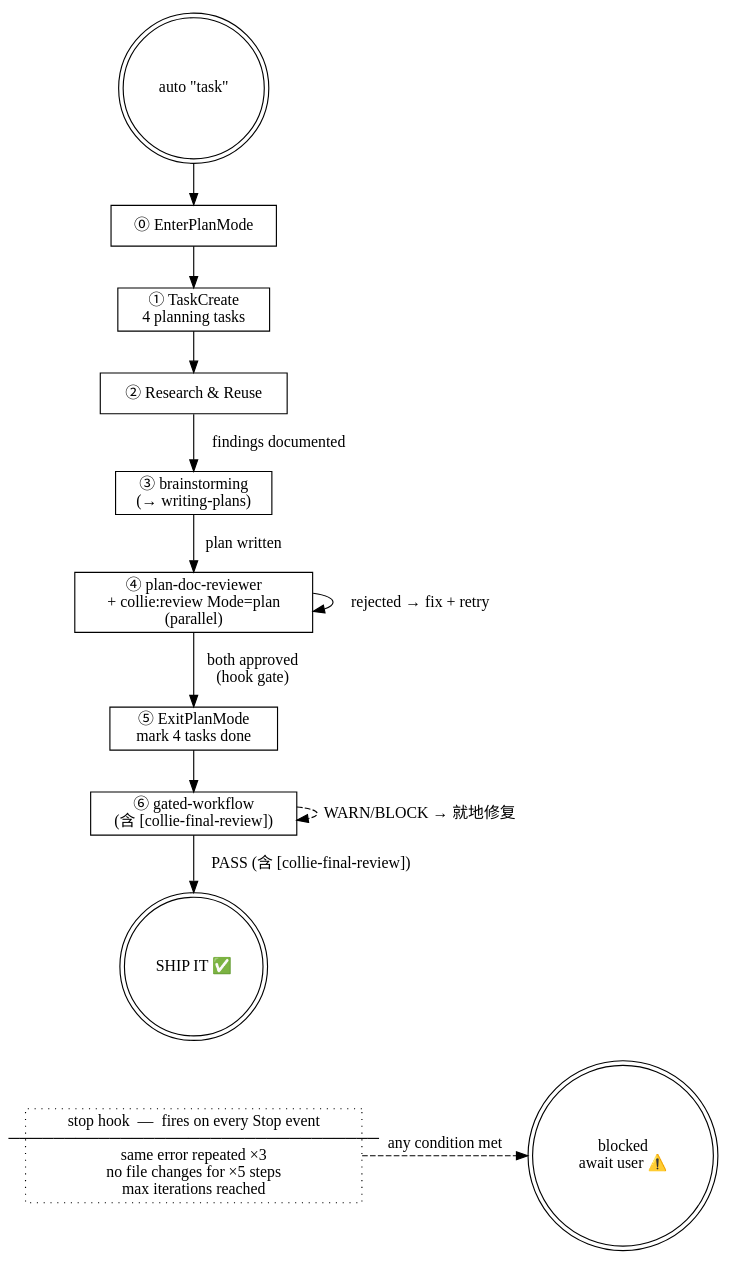
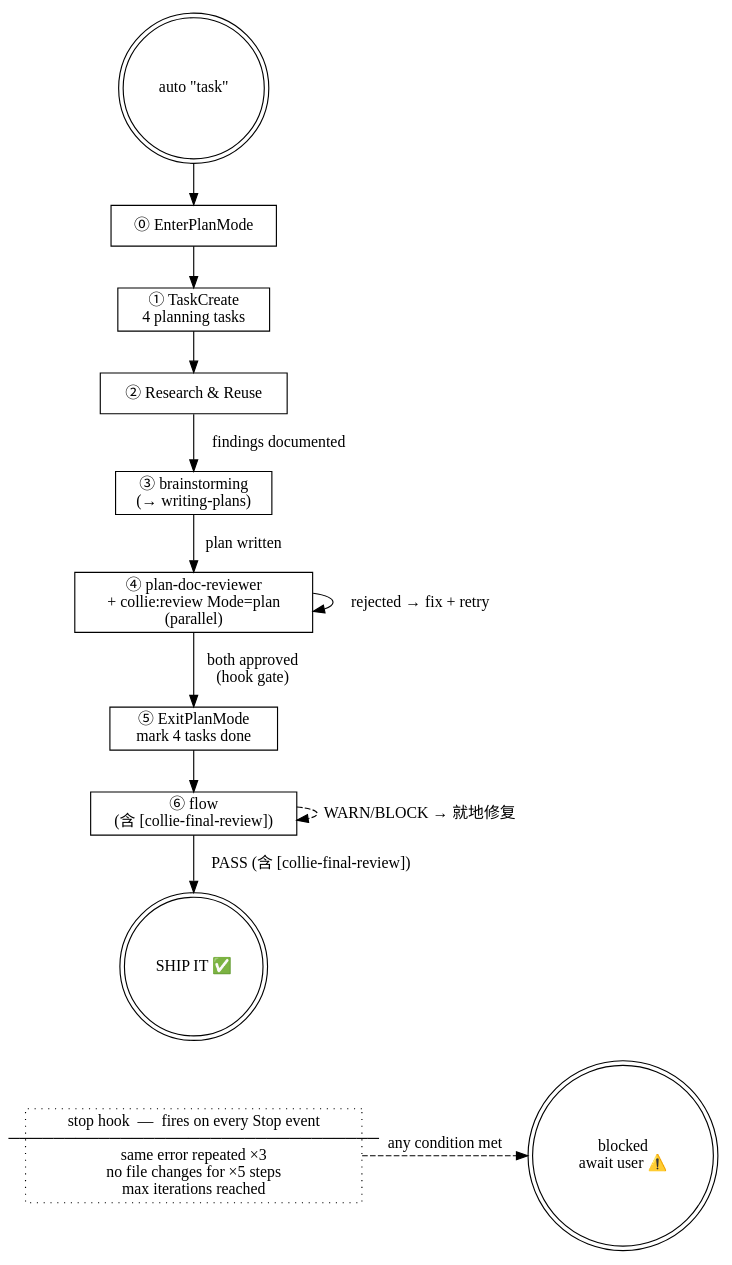
The diagram in commands/auto.md (lkv1988/collie-harness), drawn with Graphviz before and after one commit. The commit also changed other lines of this file and 29 other files, not shown here.

Commit message:
refactor: 品牌收尾 gated-workflow→flow / memory-palace→memory + README 重写

````diff
--- a/commands/auto.md
+++ b/commands/auto.md
@@ -53,33 +53,33 @@
 ```dot
 digraph collie_auto {
     START [shape=doublecircle, label="auto \"task\""];
     SHIP  [shape=doublecircle, label="SHIP IT ✅"];
     ESC   [shape=doublecircle, label="blocked\nawait user ⚠️"];
 
     ENTER  [shape=box, label="⓪ EnterPlanMode"];
     TASK   [shape=box, label="① TaskCreate\n4 planning tasks"];
     RR     [shape=box, label="② Research & Reuse"];
     BRAIN  [shape=box, label="③ brainstorming\n(→ writing-plans)"];
     REVIEW [shape=box, label="④ plan-doc-reviewer\n+ collie:review Mode=plan\n(parallel)"];
     EXIT   [shape=box, label="⑤ ExitPlanMode\nmark 4 tasks done"];
-    IMPL   [shape=box, label="⑥ gated-workflow\n(含 [collie-final-review])"];
+    IMPL   [shape=box, label="⑥ flow\n(含 [collie-final-review])"];
 
     MONITOR [shape=box, style=dotted,
              label="stop hook  —  fires on every Stop event\n─────────────────────────────────\nsame error repeated ×3\nno file changes for ×5 steps\nmax iterations reached"];
 
     START  -> ENTER;
     ENTER  -> TASK;
     TASK   -> RR;
     RR     -> BRAIN  [label="findings documented"];
     BRAIN  -> REVIEW [label="plan written"];
     REVIEW -> EXIT   [label="both approved\n(hook gate)"];
     REVIEW -> REVIEW [label="rejected → fix + retry"];
     EXIT   -> IMPL;
     IMPL   -> SHIP   [label="PASS (含 [collie-final-review])"];
     IMPL   -> IMPL   [label="WARN/BLOCK → 就地修复", style=dashed];
 
     MONITOR -> ESC [label="any condition met", style=dashed];
 
     { rank=sink; MONITOR; ESC; }
 }
 ```
````
